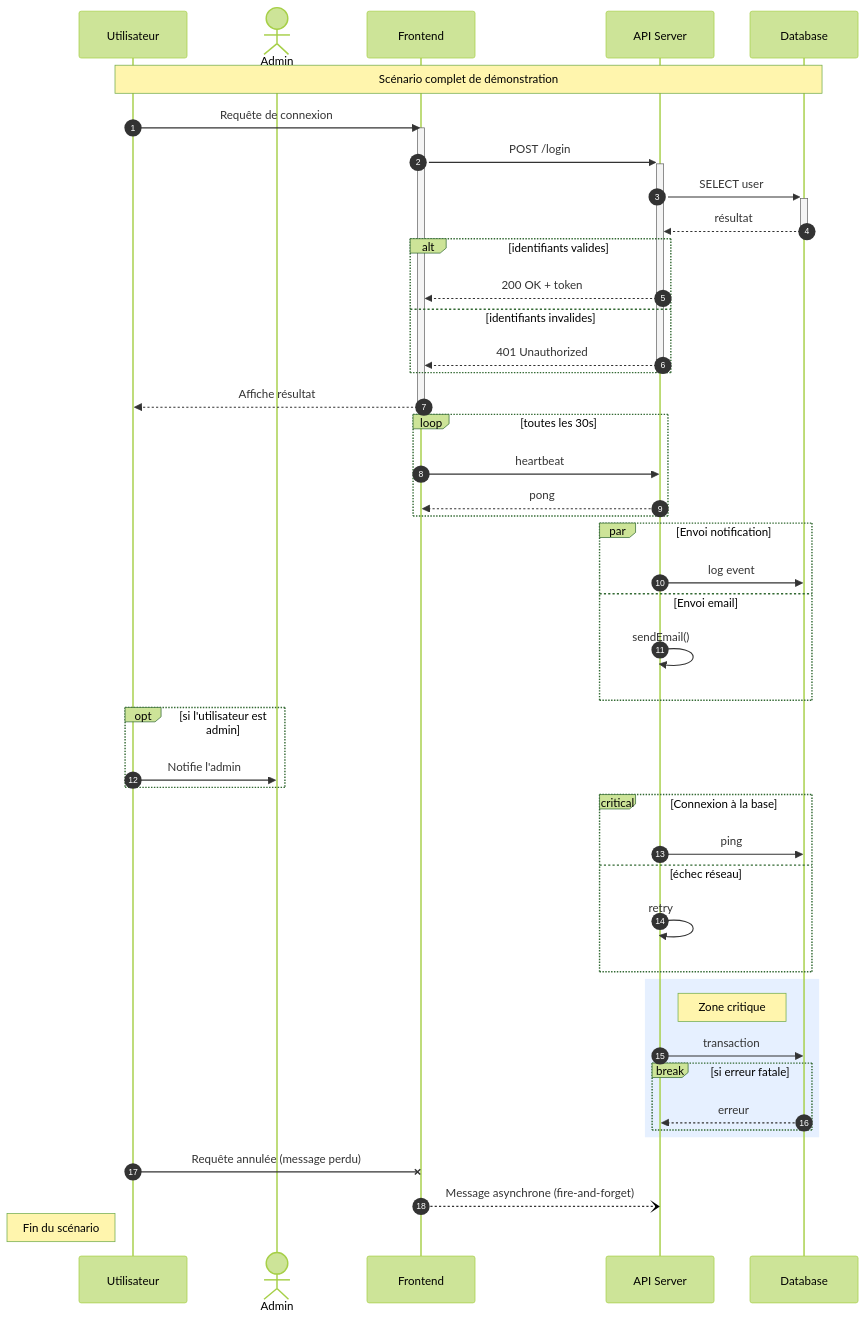
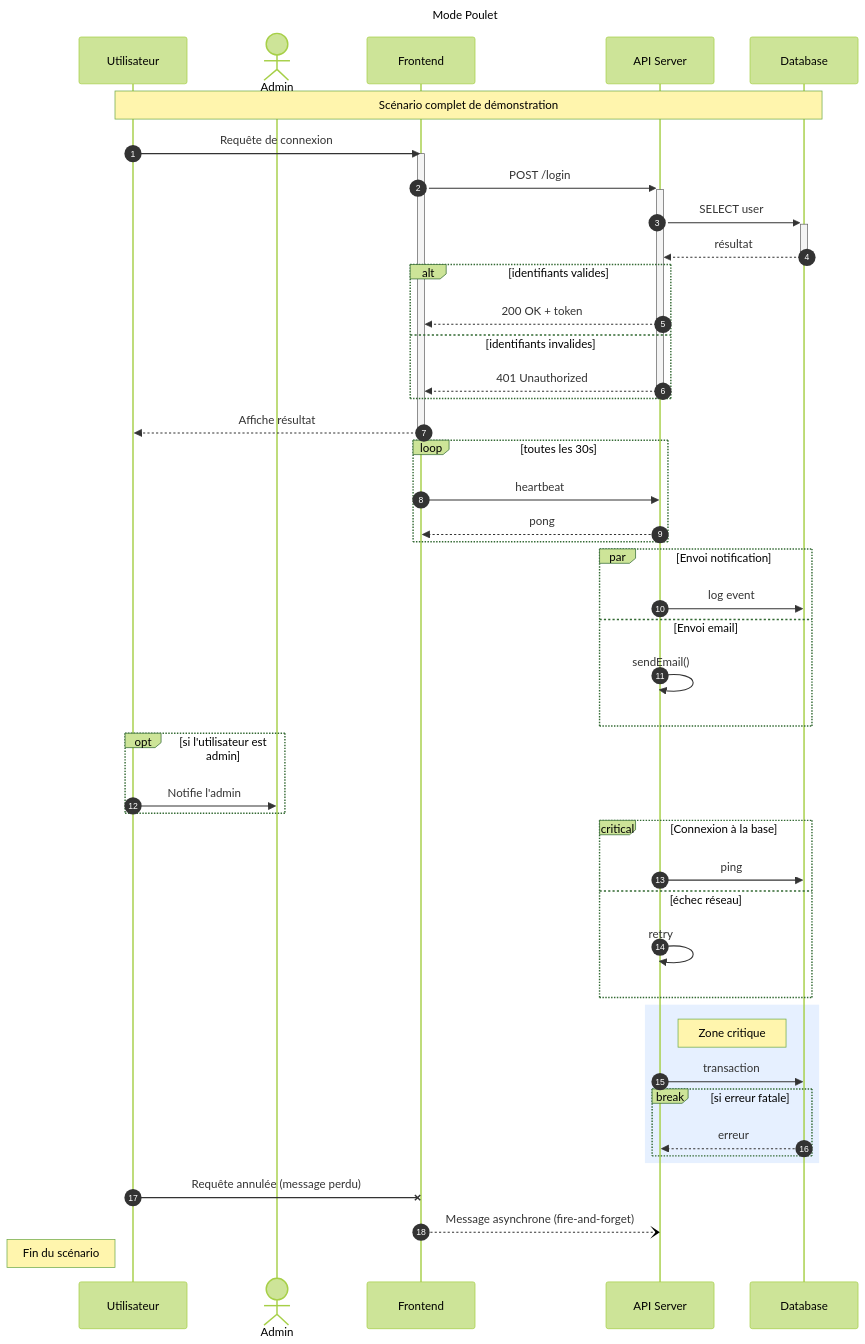
The fourth of 4 diagrams in ARCHI.md (mezianegstx/lobster_dance), drawn with Mermaid (forest theme) before and after one commit. The commit also changed 3 other files, not shown here.

````diff
--- a/ARCHI.md
+++ b/ARCHI.md
@@ -70,60 +70,61 @@
 ```mermaid
 
 sequenceDiagram
+    title Mode Poulet
     autonumber
 
     participant U as Utilisateur
     actor A as Admin
     participant F as Frontend
     participant API as API Server
     participant DB as Database
 
     Note over U,DB: Scénario complet de démonstration
 
     U->>F: Requête de connexion
     activate F
     F->>+API: POST /login
     API->>+DB: SELECT user
     DB-->>-API: résultat
     alt identifiants valides
         API-->>F: 200 OK + token
     else identifiants invalides
         API-->>F: 401 Unauthorized
     end
     deactivate API
     F-->>-U: Affiche résultat
 
     loop toutes les 30s
         F->>API: heartbeat
         API-->>F: pong
     end
 
     par Envoi notification
         API->>DB: log event
     and Envoi email
         API->>API: sendEmail()
     end
 
     opt si l'utilisateur est admin
         U->>A: Notifie l'admin
     end
 
     critical Connexion à la base
         API->>DB: ping
     option échec réseau
         API->>API: retry
     end
 
     rect rgb(230, 240, 255)
         Note right of API: Zone critique
         API->>DB: transaction
         break si erreur fatale
             DB-->>API: erreur
         end
     end
 
     U-xF: Requête annulée (message perdu)
     F--)API: Message asynchrone (fire-and-forget)
 
     Note left of U: Fin du scénario
 ```
````
